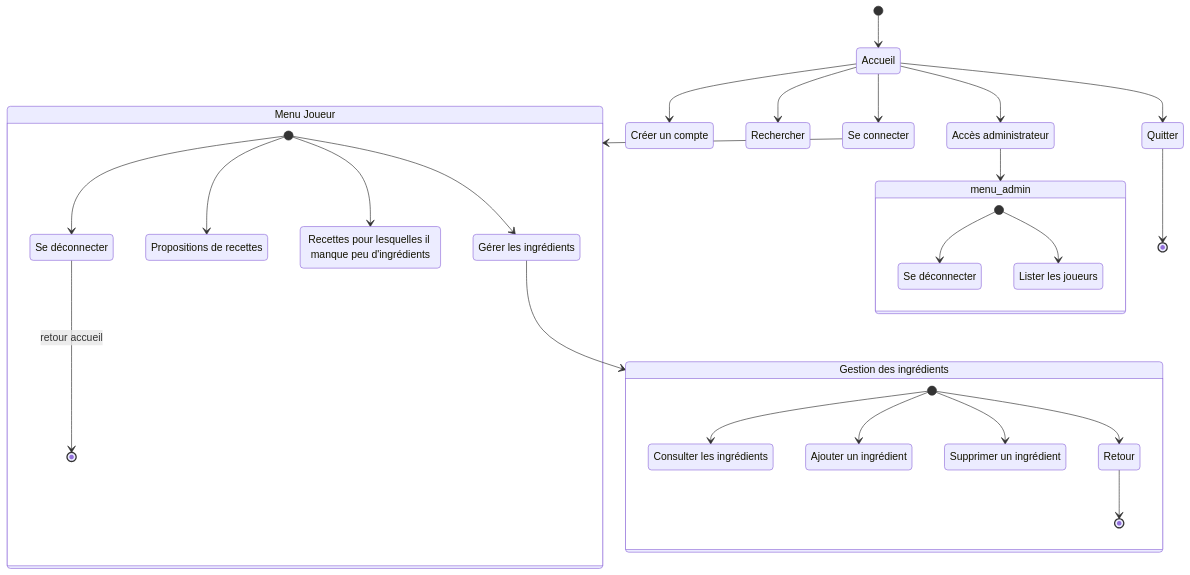
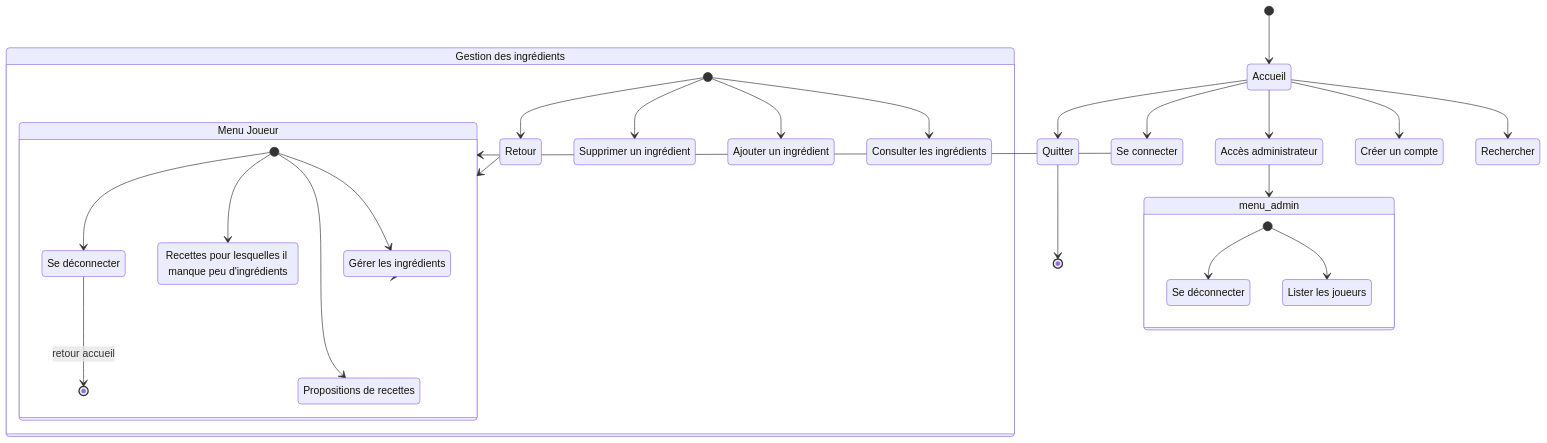
One commit to bbrunel/ENSAI-2A-projet-info changed the diagram in doc/diag_activites.md. Above: the diagram before and after it, drawn with Mermaid.

Commit message:
Modif diag activité retour menu joueur

````diff
--- a/doc/diag_activites.md
+++ b/doc/diag_activites.md
@@ -19,56 +19,56 @@
 ```mermaid
 stateDiagram
     login : Se connecter
     menu_joueur : Menu Joueur
     menu_ingr : Gestion des ingrédients
     logon : Créer un compte
     gerer_ingr : Gérer les ingrédients
     Consulter_les_ingrédients : Consulter les ingrédients
     Ajouter_un_ingrédient : Ajouter un ingrédient
     Supprimer_un_ingrédient : Supprimer un ingrédient
     recettes : Propositions de recettes
     rec_ingr_manquant : Recettes pour lesquelles il manque peu d'ingrédients
     logout : Se déconnecter
     admin : Accès administrateur
     admin_out : Se déconnecter
     list_joueurs : Lister les joueurs
     
     [*] --> Accueil
     
     Accueil --> Rechercher
     
     Accueil --> logon
 
     Accueil --> admin
     admin --> menu_admin
 
     Accueil --> login
     login --> menu_joueur
     
     Accueil --> Quitter
     Quitter --> [*]
 
     state menu_admin {
       [*] --> list_joueurs
       [*] --> admin_out
     }
     
     state menu_joueur {
     	[*] --> gerer_ingr
       [*] --> recettes
       [*] --> rec_ingr_manquant
     	[*] --> logout
       logout --> [*]:retour accueil
     }
 
   gerer_ingr --> menu_ingr
 
     state menu_ingr {
       [*] --> Consulter_les_ingrédients
       [*] --> Ajouter_un_ingrédient
       [*] --> Supprimer_un_ingrédient
       [*] --> Retour
-      Retour --> [*]
+      Retour --> menu_joueur
         
     }
 ```
````
